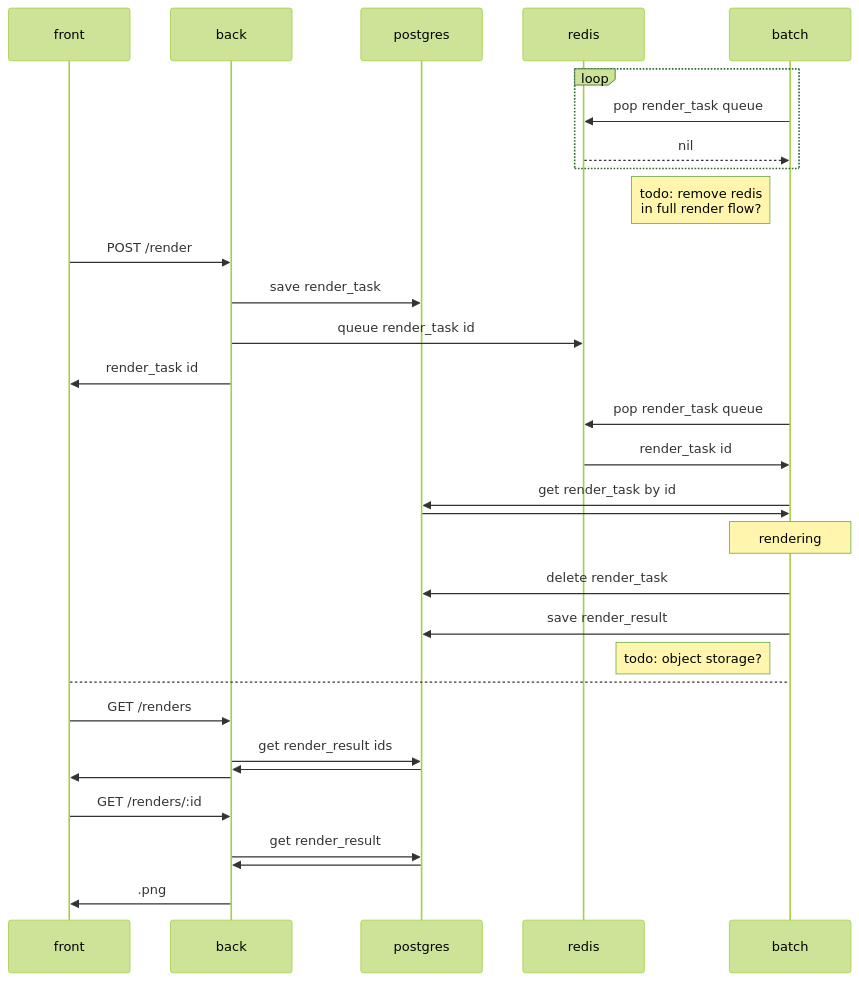
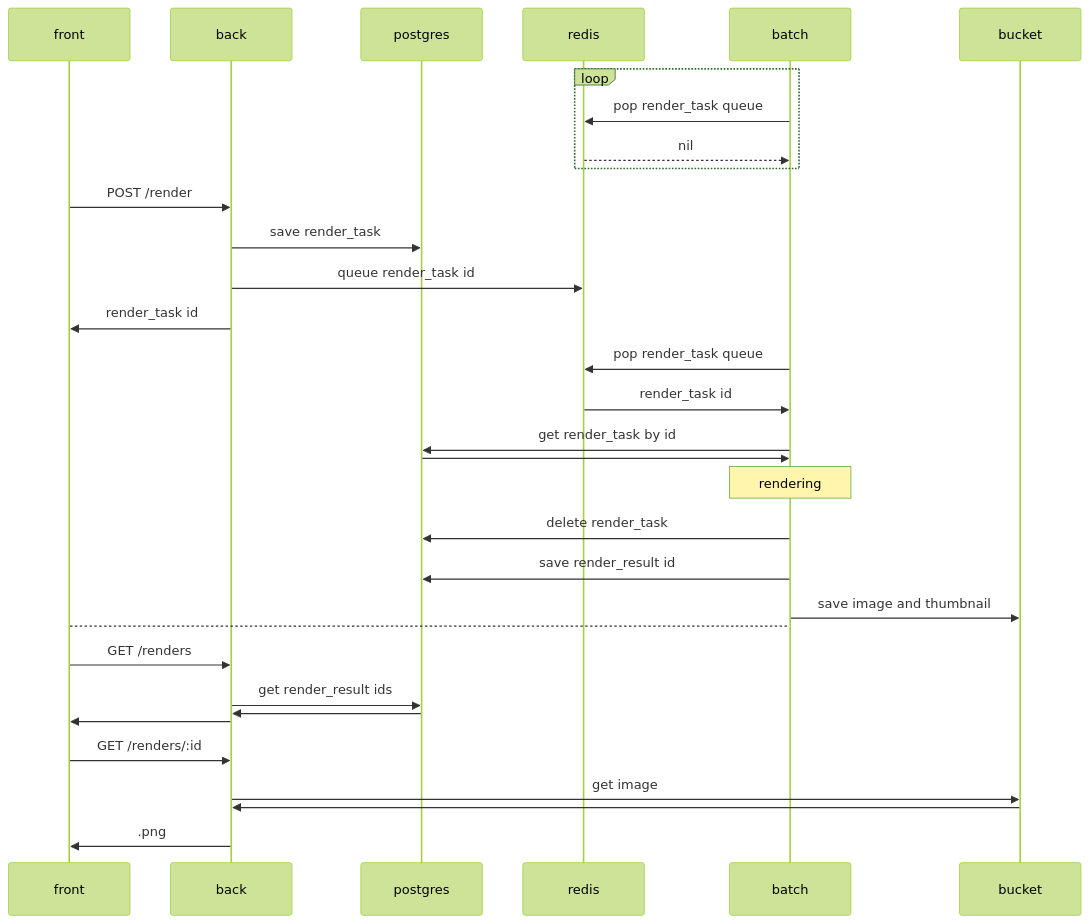
Before and after one commit to Walther/clovers-service: the first of 2 diagrams in README.md, drawn with Mermaid (forest theme). The commit also changed other lines of this file, not shown here.

Commit message:
chore: update diagrams

````diff
--- a/README.md
+++ b/README.md
@@ -44,34 +48,34 @@
 ```mermaid
 sequenceDiagram
     participant front
     participant back
     participant postgres
     participant redis
     participant batch
+    participant bucket
     loop
       batch->>redis: pop render_task queue
       redis-->>batch: nil
     end
-    note left of batch: todo: remove redis <br> in full render flow?
     front->>back: POST /render
     back->>postgres: save render_task
     back->>redis: queue render_task id
     back->>front: render_task id
     batch->>redis: pop render_task queue
     redis->>batch: render_task id
     batch->>postgres: get render_task by id
     postgres->>batch: ;
     note over batch: rendering
     batch->>postgres: delete render_task
-    batch->>postgres: save render_result
-    note left of batch: todo: object storage?
+    batch->>postgres: save render_result id
+    batch->>bucket: save image and thumbnail
     front-->batch: ;
     front->>back: GET /renders
     back->>postgres: get render_result ids
     postgres->>back: ;
     back->>front: ;
     front->>back: GET /renders/:id
-    back->>postgres: get render_result
-    postgres->>back: ;
+    back->>bucket: get image
+    bucket->>back: ;
     back->>front: .png;
 ```
````
